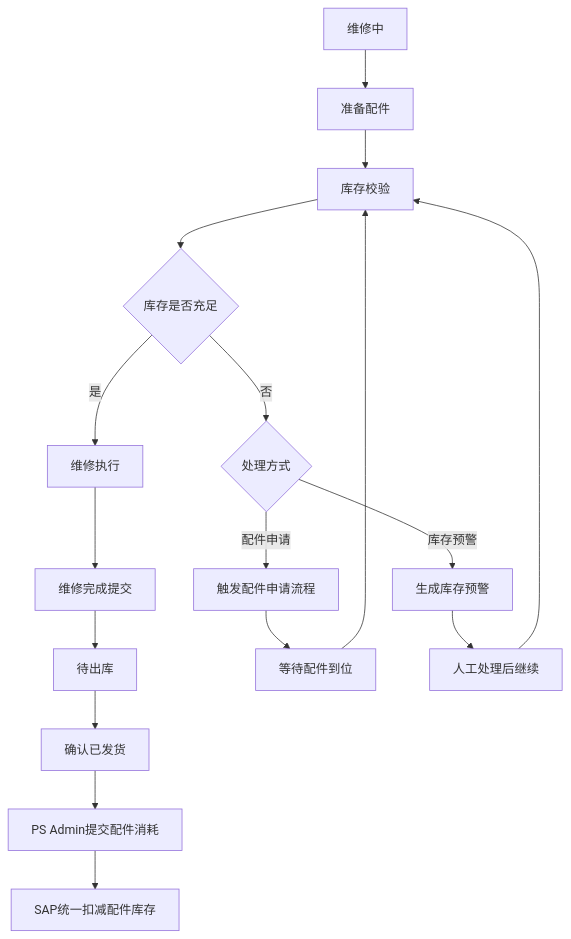
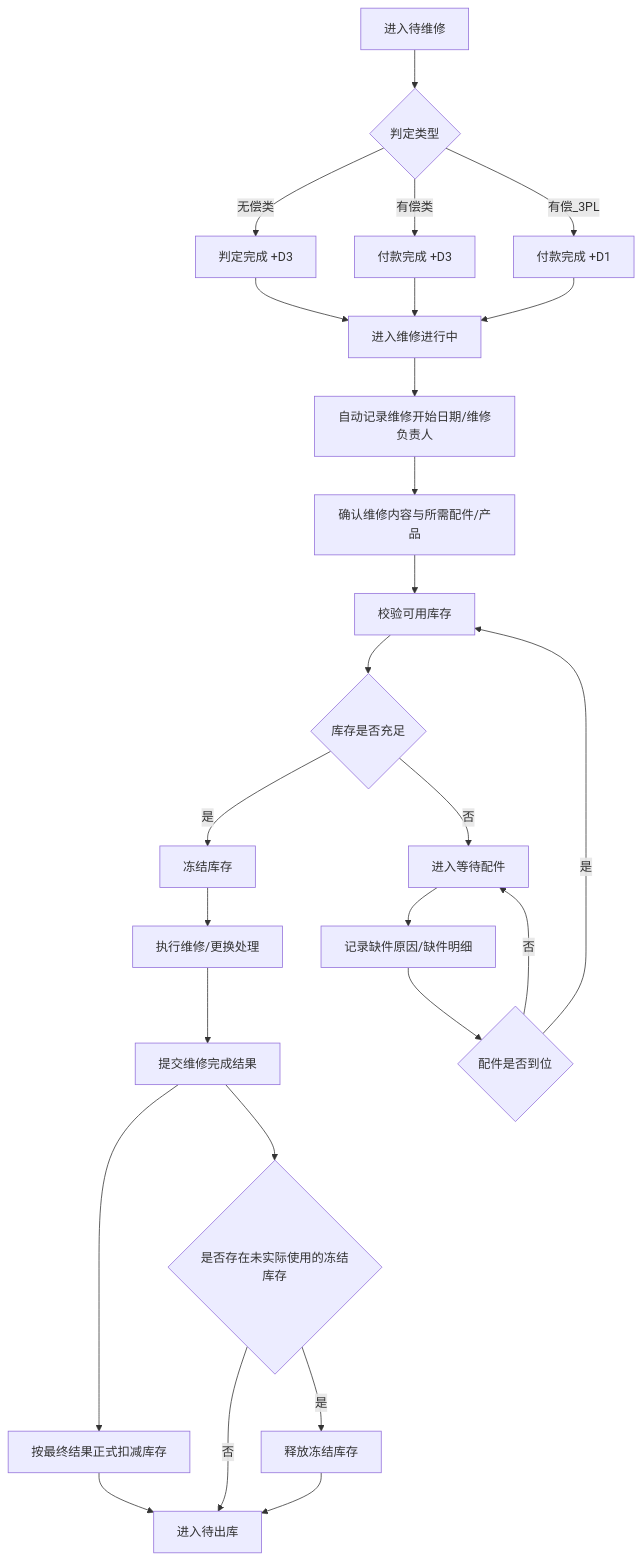
Before and after one commit to guguohai/gmps: the seventh of 33 diagrams in 文档/GM系统需求说明.md, drawn with Mermaid. The commit also changed other lines of this file and 2 other files, not shown here.

````diff
--- a/文档/GM系统需求说明.md
+++ b/文档/GM系统需求说明.md
@@ -438,24 +384,35 @@
 ```mermaid
 flowchart TD
 
-A[维修中] --> B[准备配件]
+A0[进入待维修] --> A1{判定类型}
 
-B --> G[库存校验]
-G --> H{库存是否充足}
+A1 -->|无偿类| A2[判定完成 +D3]
+A1 -->|有偿类| A3[付款完成 +D3]
+A1 -->|有偿_3PL| A4[付款完成 +D1]
 
-H -->|是| E[维修执行]
-E --> I[维修完成提交]
-I --> T[待出库]
-T --> U[确认已发货]
-U --> J[PS Admin提交配件消耗]
-J --> K[SAP统一扣减配件库存]
+A2 --> A[进入维修进行中]
+A3 --> A
+A4 --> A
 
-H -->|否| N{处理方式}
-N -->|配件申请| O[触发配件申请流程]
-O --> P[等待配件到位]
-P --> G
+A --> B[自动记录维修开始日期/维修负责人]
+B --> C[确认维修内容与所需配件/产品]
+C --> D[校验可用库存]
 
-N -->|库存预警| Q[生成库存预警]
-Q --> R[人工处理后继续]
-R --> G
+D --> E{库存是否充足}
+E -->|是| F[冻结库存]
+F --> G[执行维修/更换处理]
+G --> H[提交维修完成结果]
+H --> I[按最终结果正式扣减库存]
+I --> J[进入待出库]
+
+E -->|否| K[进入等待配件]
+K --> L[记录缺件原因/缺件明细]
+L --> M{配件是否到位}
+M -->|否| K
+M -->|是| D
+
+H --> N{是否存在未实际使用的冻结库存}
+N -->|是| O[释放冻结库存]
+N -->|否| J
+O --> J
 ```
````
